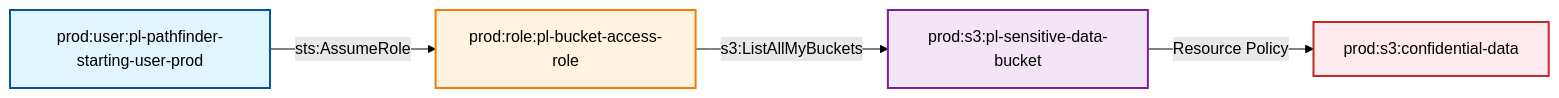
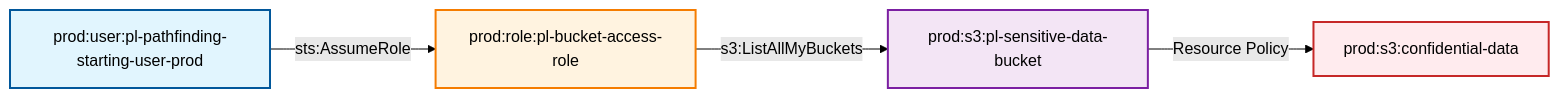
Before and after one commit to DataDog/pathfinding-labs: the diagram in modules/scenarios/tool-testing/resource-policy-bypass/README.md, drawn with Mermaid (forest theme). The commit also changed other lines of this file and 67 other files, not shown here.

First line of the commit message:
Rename project from pathfinder-labs to pathfinding-labs

````diff
--- a/modules/scenarios/tool-testing/resource-policy-bypass/README.md
+++ b/modules/scenarios/tool-testing/resource-policy-bypass/README.md
@@ -18,24 +18,24 @@
 ```mermaid
 graph LR
     %% Nodes
-    User[prod:user:pl-pathfinder-starting-user-prod]
+    User[prod:user:pl-pathfinding-starting-user-prod]
     Role[prod:role:pl-bucket-access-role]
     Bucket[prod:s3:pl-sensitive-data-bucket]
     Data[prod:s3:confidential-data]
     
     %% Edges
     User -->|sts:AssumeRole| Role
     Role -->|s3:ListAllMyBuckets| Bucket
     Bucket -->|Resource Policy| Data
     
     %% Styling
     classDef userNode fill:#e1f5fe,stroke:#01579b,stroke-width:2px
     classDef roleNode fill:#fff3e0,stroke:#f57c00,stroke-width:2px
     classDef bucketNode fill:#f3e5f5,stroke:#7b1fa2,stroke-width:2px
     classDef dataNode fill:#ffebee,stroke:#c62828,stroke-width:2px
     
     class User userNode
     class Role roleNode
     class Bucket bucketNode
     class Data dataNode
 ```
````
